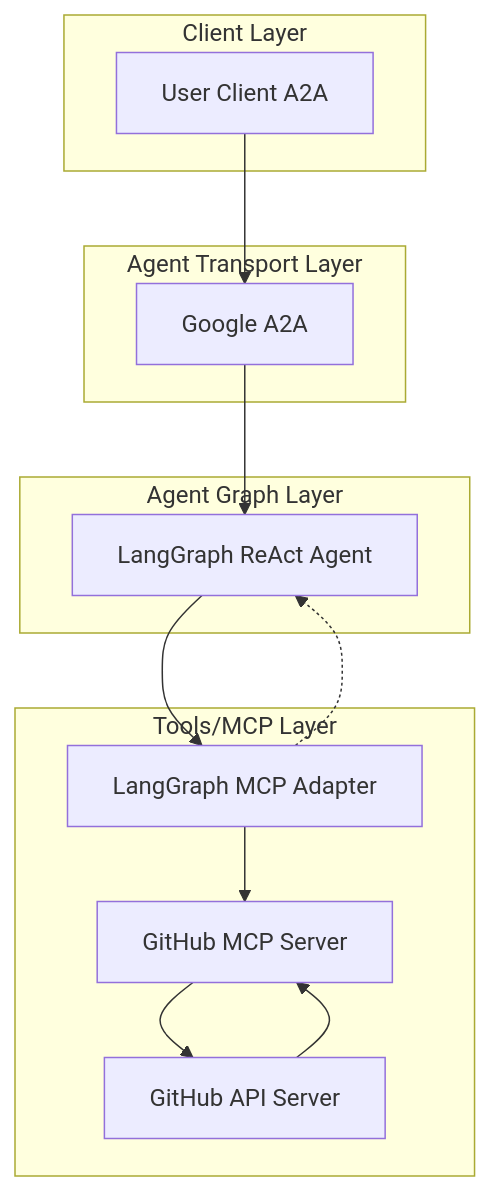
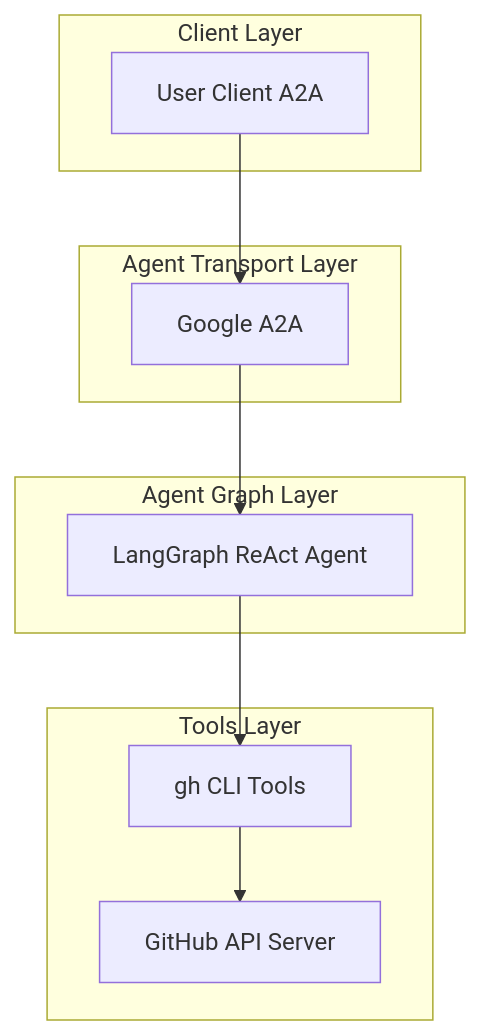
The diagram in ai_platform_engineering/agents/github/README.md (cnoe-io/ai-platform-engineering), drawn with Mermaid before and after one commit. The commit also changed other lines of this file and 8 other files, not shown here.

Commit message:
fix(github): use gh cli tools only

````diff
--- a/ai_platform_engineering/agents/github/README.md
+++ b/ai_platform_engineering/agents/github/README.md
@@ -33,25 +33,23 @@
 ```mermaid
 flowchart TD
   subgraph Client Layer
     A[User Client A2A]
   end
 
   subgraph Agent Transport Layer
     B[Google A2A]
   end
 
   subgraph Agent Graph Layer
     C[LangGraph ReAct Agent]
   end
 
-  subgraph Tools/MCP Layer
-    D[LangGraph MCP Adapter]
-    E[GitHub MCP Server]
-    F[GitHub API Server]
+  subgraph Tools Layer
+    D[gh CLI Tools]
+    E[GitHub API Server]
   end
 
   A --> B --> C
   C --> D
-  D -.-> C
-  D --> E --> F --> E
+  D --> E
 ```
````
